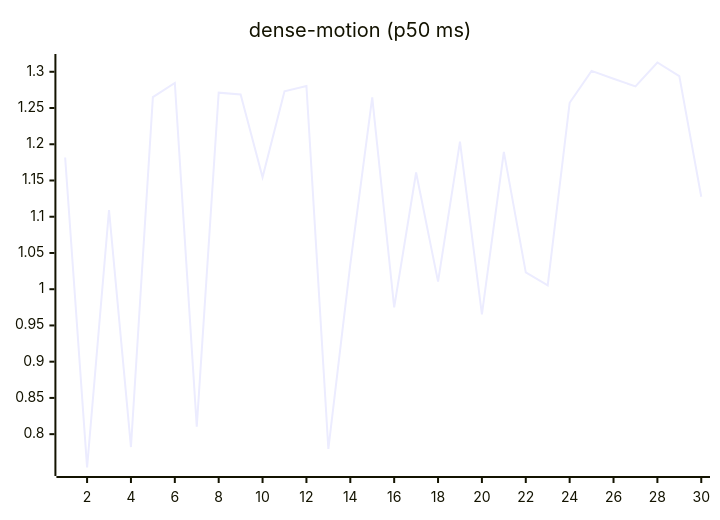
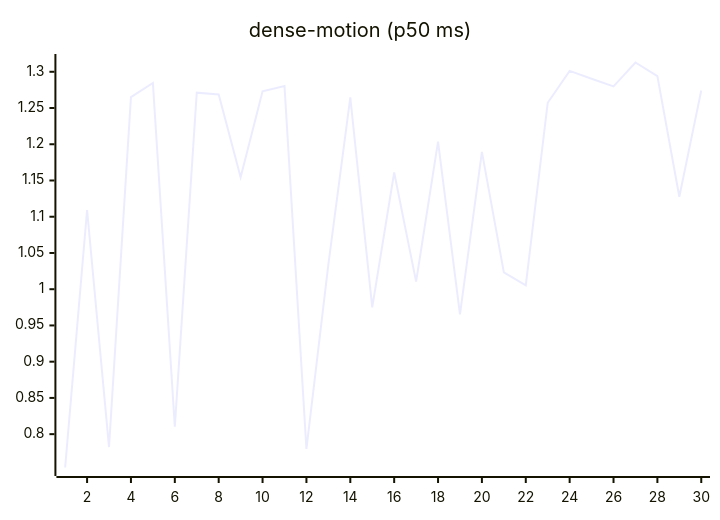
The ninth of 27 diagrams in README.md (josha/Facet), drawn with Mermaid before and after one commit. The commit also changed other lines of this file and 2 other files, not shown here.

````diff
--- a/README.md
+++ b/README.md
@@ -119,6 +119,6 @@
 ```mermaid
 xychart-beta
     title "dense-motion (p50 ms)"
     x-axis 1 --> 30
-    line [1.1817, 0.7540, 1.1093, 0.7822, 1.2651, 1.2846, 0.8102, 1.2712, 1.2688, 1.1544, 1.2730, 1.2805, 0.7796, 1.0341, 1.2646, 0.9749, 1.1610, 1.0105, 1.2037, 0.9653, 1.1895, 1.0233, 1.0054, 1.2572, 1.3012, 1.2904, 1.2798, 1.3128, 1.2940, 1.1276]
+    line [0.7540, 1.1093, 0.7822, 1.2651, 1.2846, 0.8102, 1.2712, 1.2688, 1.1544, 1.2730, 1.2805, 0.7796, 1.0341, 1.2646, 0.9749, 1.1610, 1.0105, 1.2037, 0.9653, 1.1895, 1.0233, 1.0054, 1.2572, 1.3012, 1.2904, 1.2798, 1.3128, 1.2940, 1.1276, 1.2742]
 ```
````
